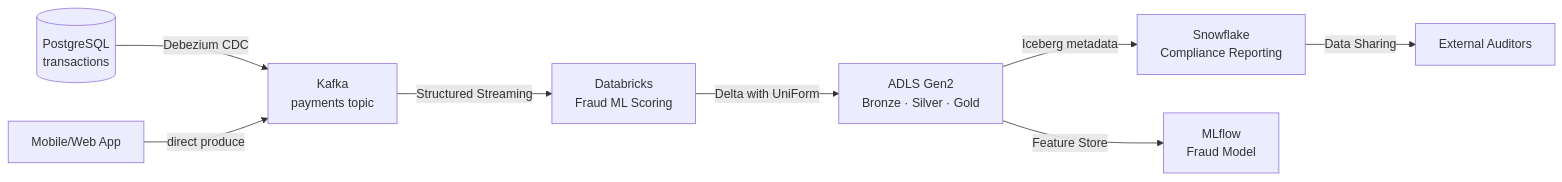
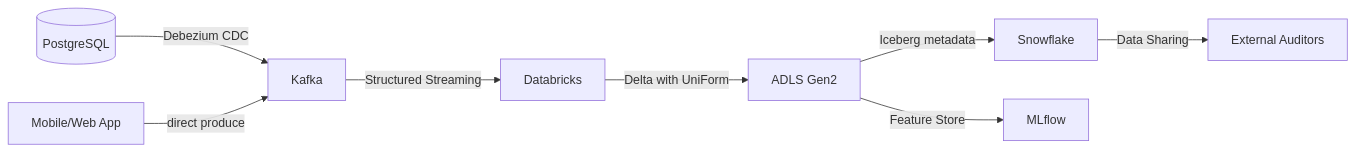
Before and after one commit to gcmishra7/data-engineering-helper: the diagram in 10-scenarios/01-fintech-payment-pipeline.md, drawn with Mermaid. The commit also changed other lines of this file and 57 other files, not shown here.

First line of the commit message:
Shorten mermaid node labels to fix text truncation on GitHub

````diff
--- a/10-scenarios/01-fintech-payment-pipeline.md
+++ b/10-scenarios/01-fintech-payment-pipeline.md
@@ -10,10 +10,10 @@
 ```mermaid
 graph LR
-    PG[(PostgreSQL<br/>transactions)] -->|Debezium CDC| K[Kafka<br/>payments topic]
+    PG[(PostgreSQL)] -->|Debezium CDC| K[Kafka]
     APP[Mobile/Web App] -->|direct produce| K
-    K -->|Structured Streaming| DB[Databricks<br/>Fraud ML Scoring]
-    DB -->|Delta with UniForm| ADLS[ADLS Gen2<br/>Bronze · Silver · Gold]
-    ADLS -->|Iceberg metadata| SF[Snowflake<br/>Compliance Reporting]
+    K -->|Structured Streaming| DB[Databricks]
+    DB -->|Delta with UniForm| ADLS[ADLS Gen2]
+    ADLS -->|Iceberg metadata| SF[Snowflake]
     SF -->|Data Sharing| AUD[External Auditors]
-    ADLS -->|Feature Store| ML[MLflow<br/>Fraud Model]
+    ADLS -->|Feature Store| ML[MLflow]
 ```
````
